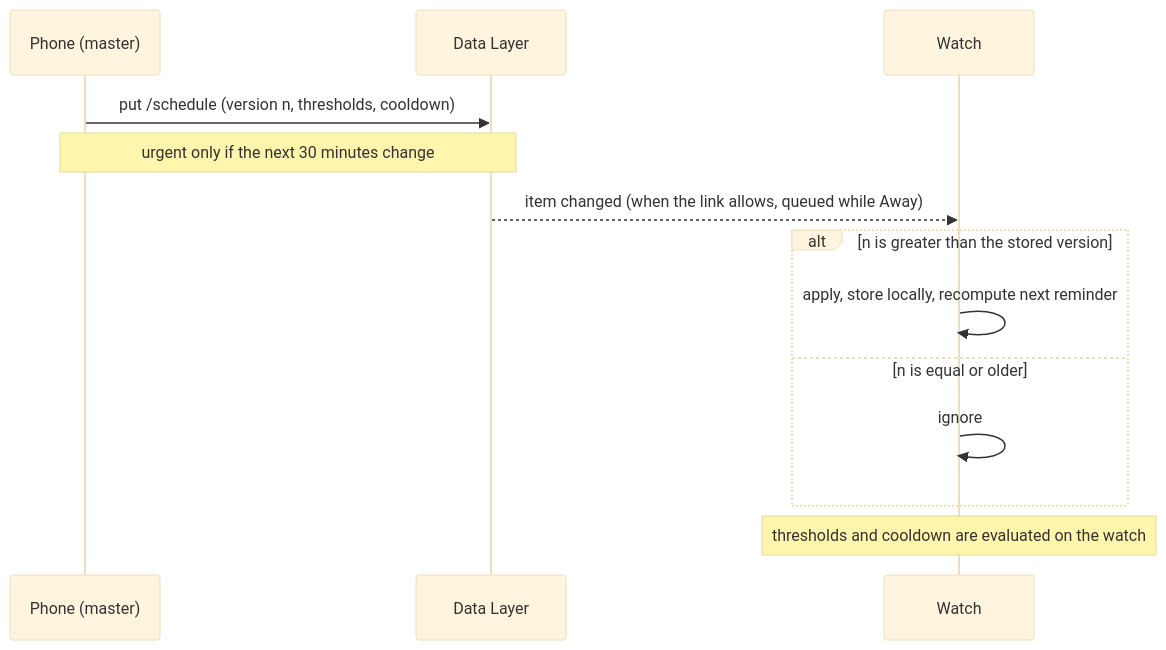
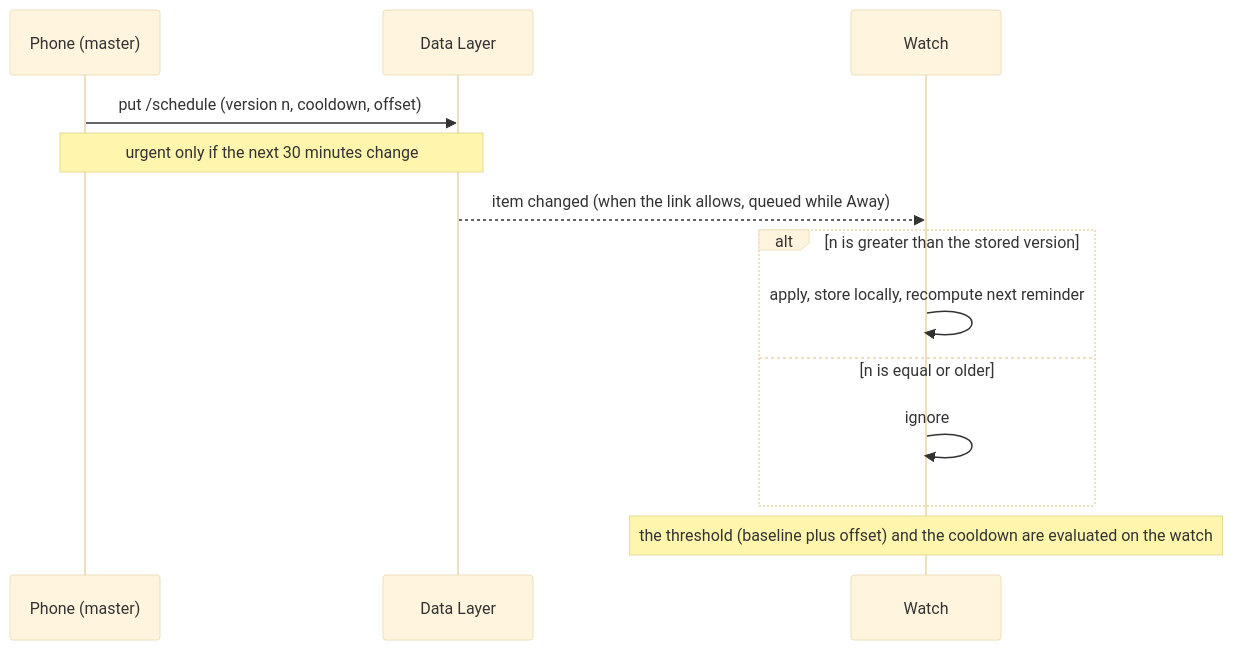
Before and after one commit to shlomoa/my-adhd-pal: the first of 6 diagrams in docs/protocol.md, drawn with Mermaid (base theme). The commit also changed other lines of this file and 15 other files, not shown here.

First line of the commit message:
Protocol 1.3: remove the absolute thresholds (AlertSettings.thresholds, Threshold, Direction, AlertEvaluator)

````diff
--- a/docs/protocol.md
+++ b/docs/protocol.md
@@ -186,15 +192,15 @@
 ```mermaid
 sequenceDiagram
     participant P as Phone (master)
     participant D as Data Layer
     participant W as Watch
-    P->>D: put /schedule (version n, thresholds, cooldown)
+    P->>D: put /schedule (version n, cooldown, offset)
     Note over P,D: urgent only if the next 30 minutes change
     D-->>W: item changed (when the link allows, queued while Away)
     alt n is greater than the stored version
         W->>W: apply, store locally, recompute next reminder
     else n is equal or older
         W->>W: ignore
     end
-    Note over W: thresholds and cooldown are evaluated on the watch
+    Note over W: the threshold (baseline plus offset) and the cooldown are evaluated on the watch
 ```
````
